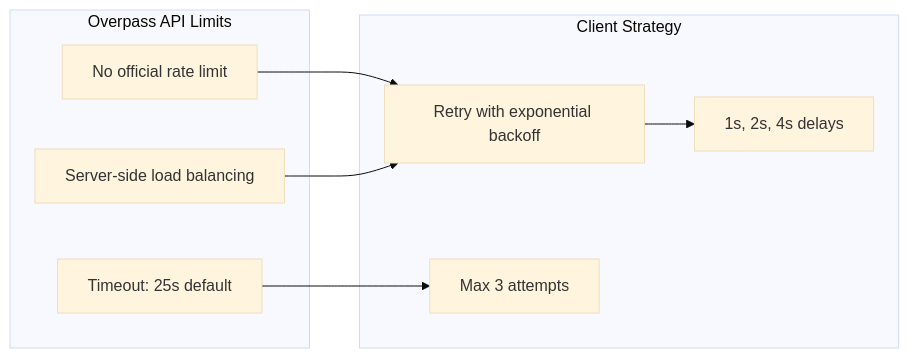
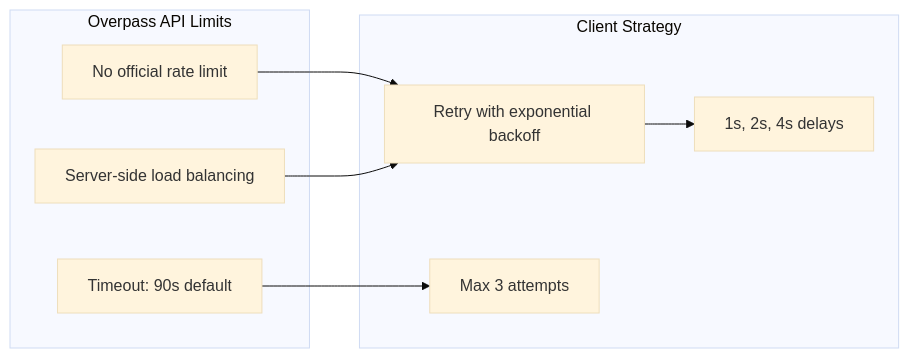
Before and after one commit to DaxServer/geocode-commons-categories: the eighth of 16 diagrams in docs/import/api-interactions.md, drawn with Mermaid (base theme). The commit also changed other lines of this file and 5 other files, not shown here.

````diff
--- a/docs/import/api-interactions.md
+++ b/docs/import/api-interactions.md
@@ -218,21 +218,21 @@
 ```mermaid
 graph LR
     subgraph "Overpass API Limits"
         L1[No official rate limit]
         L2[Server-side load balancing]
-        L3[Timeout: 25s default]
+        L3[Timeout: 90s default]
     end
 
     subgraph "Client Strategy"
         S1[Retry with exponential backoff]
         S2[Max 3 attempts]
         S3[1s, 2s, 4s delays]
     end
 
     L1 --> S1
     L2 --> S1
     L3 --> S2
 
     S1 --> S3
 
 ```
````
